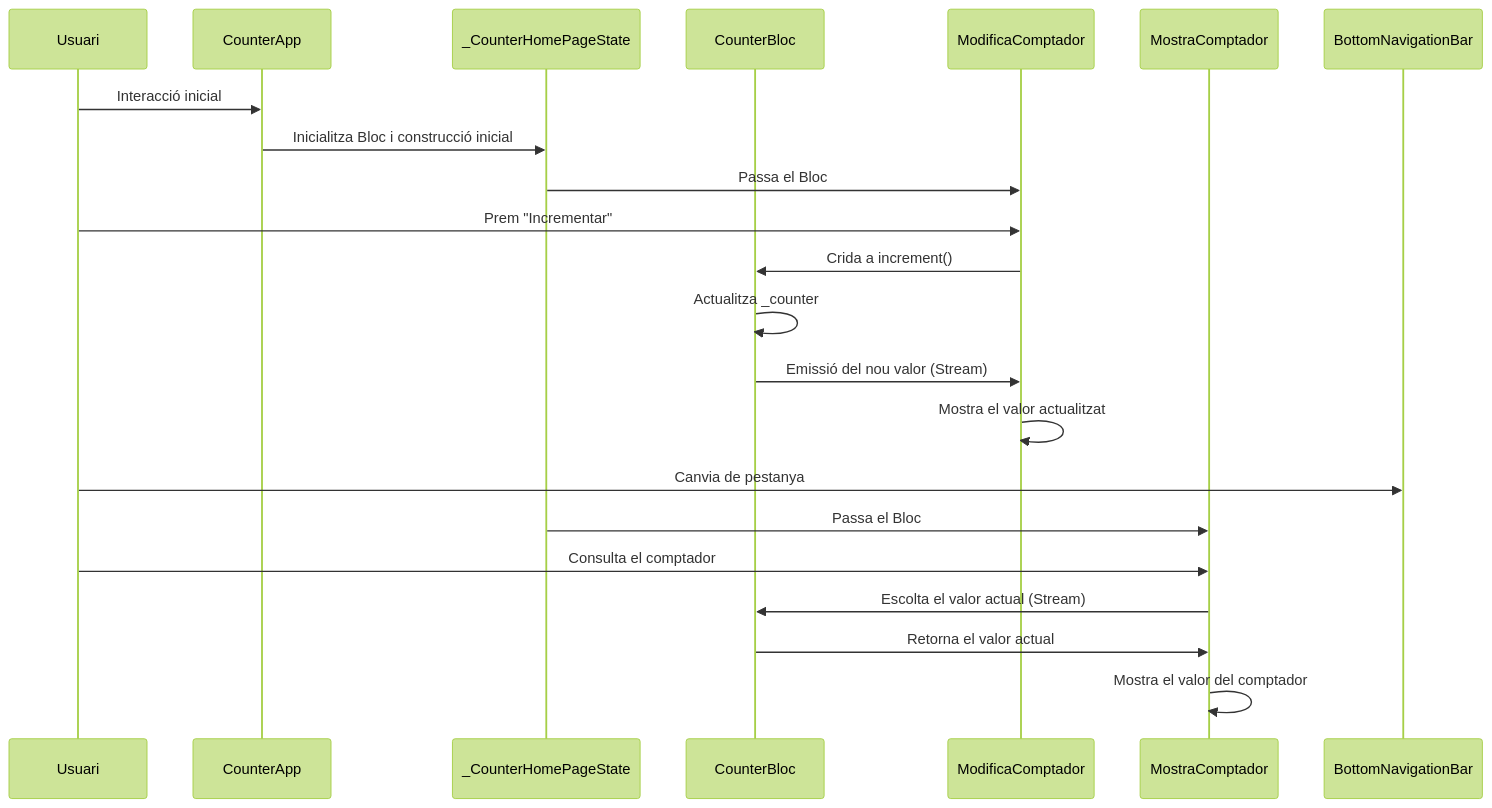
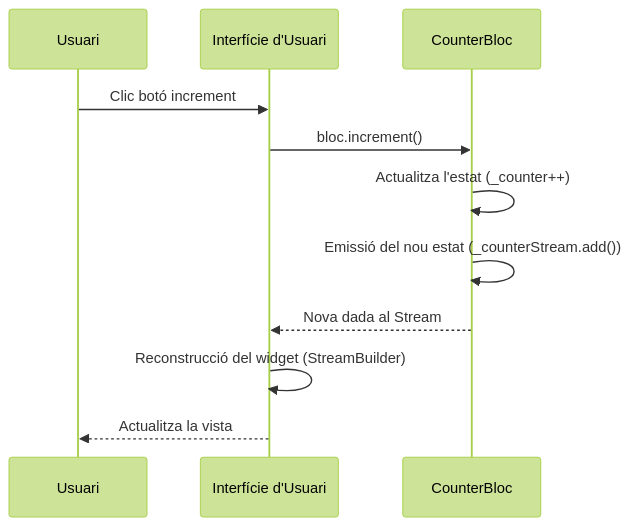
The second of 2 diagrams in comptador_bloc/README.md (joamuran/Flutter_StateManagement_Counter), drawn with Mermaid (forest theme) before and after one commit. The commit also changed other lines of this file, not shown here.

````diff
--- a/comptador_bloc/README.md
+++ b/comptador_bloc/README.md
@@ -96,28 +76,14 @@
 ```mermaid
 sequenceDiagram
     participant User as Usuari
-    participant CounterApp as CounterApp
-    participant _CounterHomePageState as _CounterHomePageState
-    participant CounterBloc as CounterBloc
-    participant ModificaComptador as ModificaComptador
-    participant MostraComptador as MostraComptador
+    participant UI as Interfície d'Usuari
+    participant Bloc as CounterBloc
 
-    User ->> CounterApp: Interacció inicial
-    CounterApp ->> _CounterHomePageState: Inicialitza Bloc i construcció inicial
-    _CounterHomePageState ->> ModificaComptador: Passa el Bloc
-
-    User ->> ModificaComptador: Prem "Incrementar"
-    ModificaComptador ->> CounterBloc: Crida a increment()
-    CounterBloc ->> CounterBloc: Actualitza _counter
-    CounterBloc ->> ModificaComptador: Emissió del nou valor (Stream)
-    ModificaComptador ->> ModificaComptador: Mostra el valor actualitzat
-
-    User ->> BottomNavigationBar: Canvia de pestanya
-    _CounterHomePageState ->> MostraComptador: Passa el Bloc
-
-    User ->> MostraComptador: Consulta el comptador
-    MostraComptador ->> CounterBloc: Escolta el valor actual (Stream)
-    CounterBloc ->> MostraComptador: Retorna el valor actual
-    MostraComptador ->> MostraComptador: Mostra el valor del comptador
-
+    User ->> UI: Clic botó increment
+    UI ->> Bloc: bloc.increment()
+    Bloc ->> Bloc: Actualitza l'estat (_counter++)
+    Bloc ->> Bloc: Emissió del nou estat (_counterStream.add())
+    Bloc -->> UI: Nova dada al Stream
+    UI ->> UI: Reconstrucció del widget (StreamBuilder)
+    UI -->> User: Actualitza la vista
 ```
````
